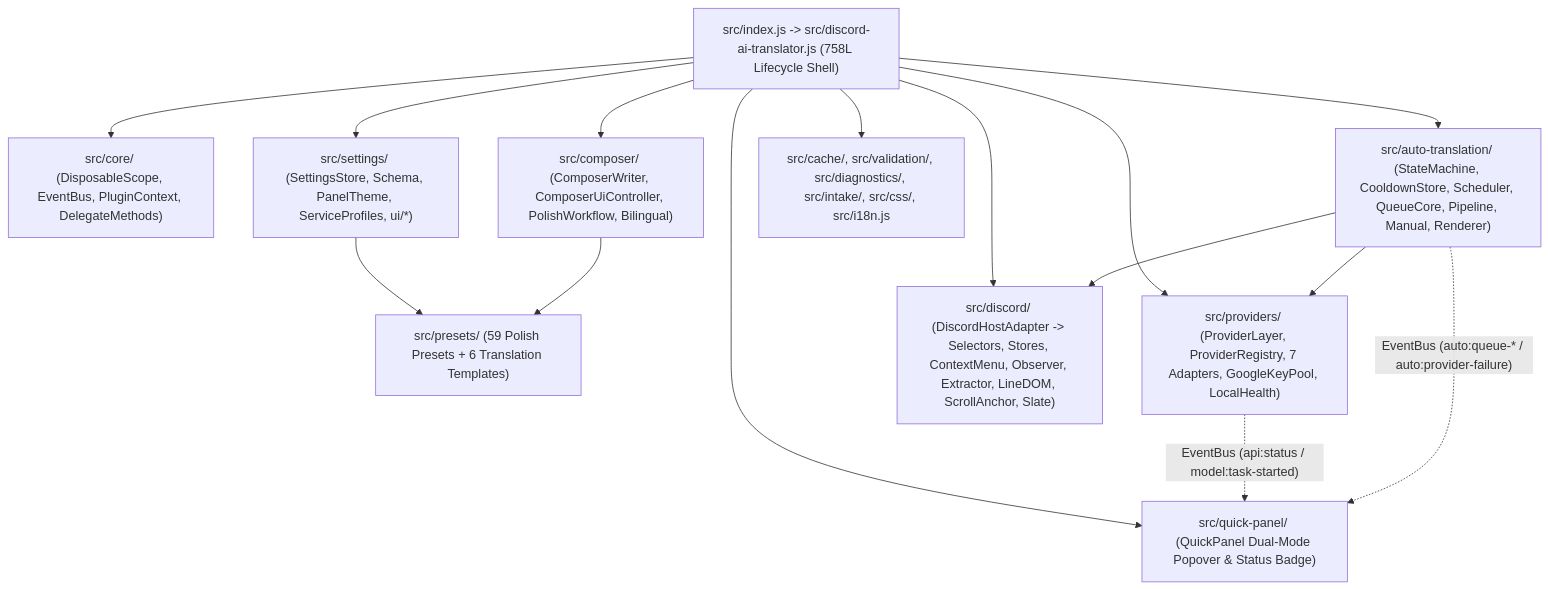
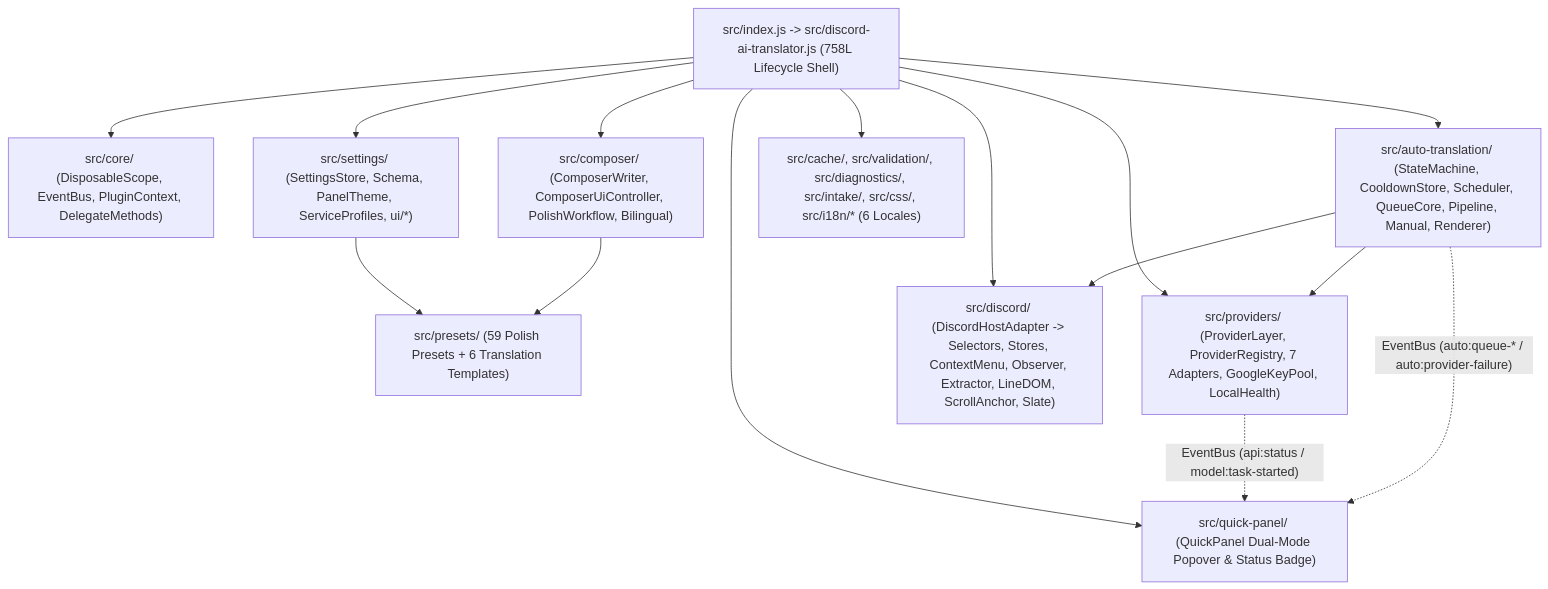
One commit to MK6657/DiscordAITranslator changed the diagram in docs/architecture.md. Above: the diagram before and after it, drawn with Mermaid. The commit also changed other lines of this file and 72 other files, not shown here.

````diff
--- a/docs/architecture.md
+++ b/docs/architecture.md
@@ -7,28 +7,28 @@
 ```mermaid
 flowchart TD
     Entry["src/index.js -> src/discord-ai-translator.js (758L Lifecycle Shell)"]
     Core["src/core/ (DisposableScope, EventBus, PluginContext, DelegateMethods)"]
     Presets["src/presets/ (59 Polish Presets + 6 Translation Templates)"]
     Settings["src/settings/ (SettingsStore, Schema, PanelTheme, ServiceProfiles, ui/*)"]
     Providers["src/providers/ (ProviderLayer, ProviderRegistry, 7 Adapters, GoogleKeyPool, LocalHealth)"]
     Auto["src/auto-translation/ (StateMachine, CooldownStore, Scheduler, QueueCore, Pipeline, Manual, Renderer)"]
     Composer["src/composer/ (ComposerWriter, ComposerUiController, PolishWorkflow, Bilingual)"]
     Discord["src/discord/ (DiscordHostAdapter -> Selectors, Stores, ContextMenu, Observer, Extractor, LineDOM, ScrollAnchor, Slate)"]
     Quick["src/quick-panel/ (QuickPanel Dual-Mode Popover & Status Badge)"]
-    Support["src/cache/, src/validation/, src/diagnostics/, src/intake/, src/css/, src/i18n.js"]
+    Support["src/cache/, src/validation/, src/diagnostics/, src/intake/, src/css/, src/i18n/* (6 Locales)"]
 
     Entry --> Core
     Entry --> Settings
     Entry --> Providers
     Entry --> Auto
     Entry --> Composer
     Entry --> Discord
     Entry --> Quick
     Entry --> Support
     Settings --> Presets
     Composer --> Presets
     Providers -. "EventBus (api:status / model:task-started)" .-> Quick
     Auto -. "EventBus (auto:queue-* / auto:provider-failure)" .-> Quick
     Auto --> Providers
     Auto --> Discord
 ```
````
